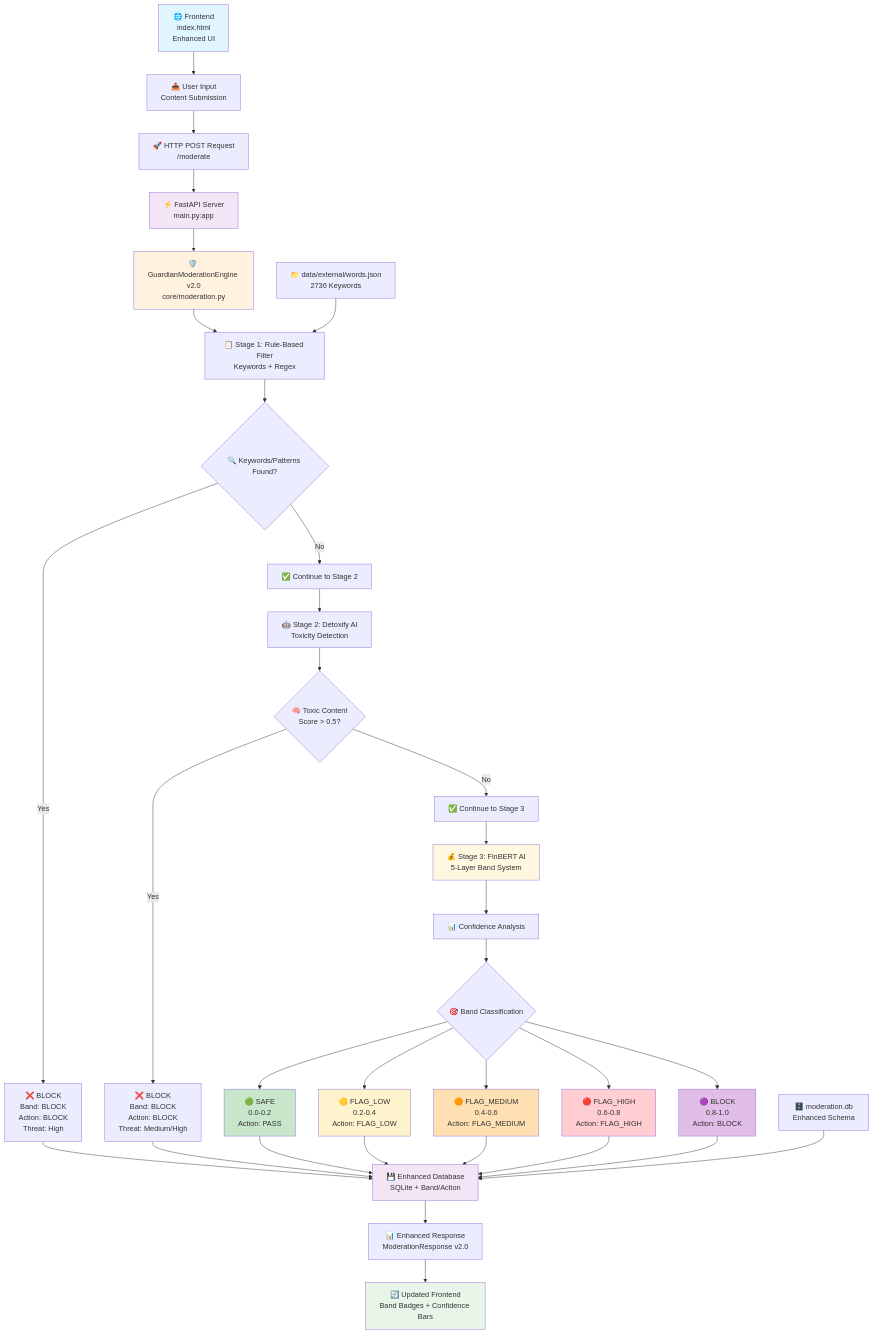
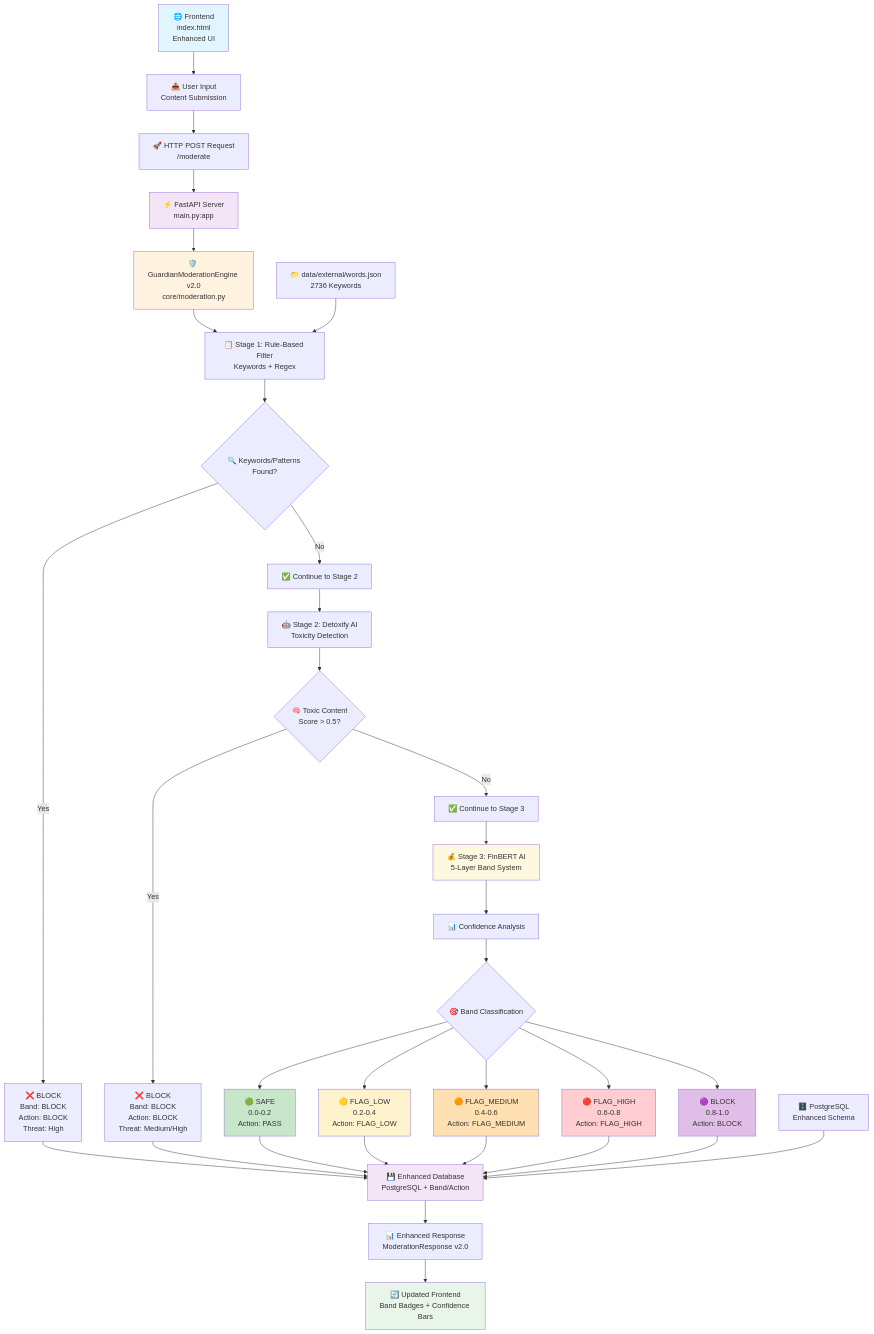
One commit to rohan-g0re/MARV_content_moderation_engine changed the diagram in README.md. Above: the diagram before and after it, drawn with Mermaid. The commit also changed other lines of this file and 12 other files, not shown here.

Commit message:
postgresql completely working - ENV TEMPLATE for setup - removed sqlite components - updated readme & diagrams file

````diff
--- a/README.md
+++ b/README.md
@@ -29,54 +29,54 @@
 ```mermaid
 graph TD
     A["🌐 Frontend<br/>index.html<br/>Enhanced UI"] --> B["📤 User Input<br/>Content Submission"]
     B --> C["🚀 HTTP POST Request<br/>/moderate"]
     C --> D["⚡ FastAPI Server<br/>main.py:app"]
     
     D --> E["🛡️ GuardianModerationEngine v2.0<br/>core/moderation.py"]
     
     E --> F["📋 Stage 1: Rule-Based Filter<br/>Keywords + Regex"]
     F --> G{"🔍 Keywords/Patterns Found?"}
     G -->|Yes| H["❌ BLOCK<br/>Band: BLOCK<br/>Action: BLOCK<br/>Threat: High"]
     G -->|No| I["✅ Continue to Stage 2"]
     
     I --> J["🤖 Stage 2: Detoxify AI<br/>Toxicity Detection"]
     J --> K{"🧠 Toxic Content<br/>Score > 0.5?"}
     K -->|Yes| L["❌ BLOCK<br/>Band: BLOCK<br/>Action: BLOCK<br/>Threat: Medium/High"]
     K -->|No| M["✅ Continue to Stage 3"]
     
     M --> N["💰 Stage 3: FinBERT AI<br/>5-Layer Band System"]
     N --> O["📊 Confidence Analysis"]
     O --> P{"🎯 Band Classification"}
     
     P --> Q["🟢 SAFE<br/>0.0-0.2<br/>Action: PASS"]
     P --> R["🟡 FLAG_LOW<br/>0.2-0.4<br/>Action: FLAG_LOW"]
     P --> S["🟠 FLAG_MEDIUM<br/>0.4-0.6<br/>Action: FLAG_MEDIUM"]
     P --> T["🔴 FLAG_HIGH<br/>0.6-0.8<br/>Action: FLAG_HIGH"]
     P --> U["🟣 BLOCK<br/>0.8-1.0<br/>Action: BLOCK"]
     
-    H --> V["💾 Enhanced Database<br/>SQLite + Band/Action"]
+    H --> V["💾 Enhanced Database<br/>PostgreSQL + Band/Action"]
     L --> V
     Q --> V
     R --> V
     S --> V
     T --> V
     U --> V
     
     V --> W["📊 Enhanced Response<br/>ModerationResponse v2.0"]
     W --> X["🔄 Updated Frontend<br/>Band Badges + Confidence Bars"]
     
     Y["📁 data/external/words.json<br/>2736 Keywords"] --> F
-    Z["🗄️ moderation.db<br/>Enhanced Schema"] --> V
+    Z["🗄️ PostgreSQL<br/>Enhanced Schema"] --> V
     
     style A fill:#e1f5fe
     style D fill:#f3e5f5
     style E fill:#fff3e0
     style N fill:#fff8e1
     style Q fill:#c8e6c9
     style R fill:#fff3cd
     style S fill:#ffe0b3
     style T fill:#ffcdd2
     style U fill:#e1bee7
     style V fill:#f3e5f5
     style X fill:#e8f5e8
 ```
````
